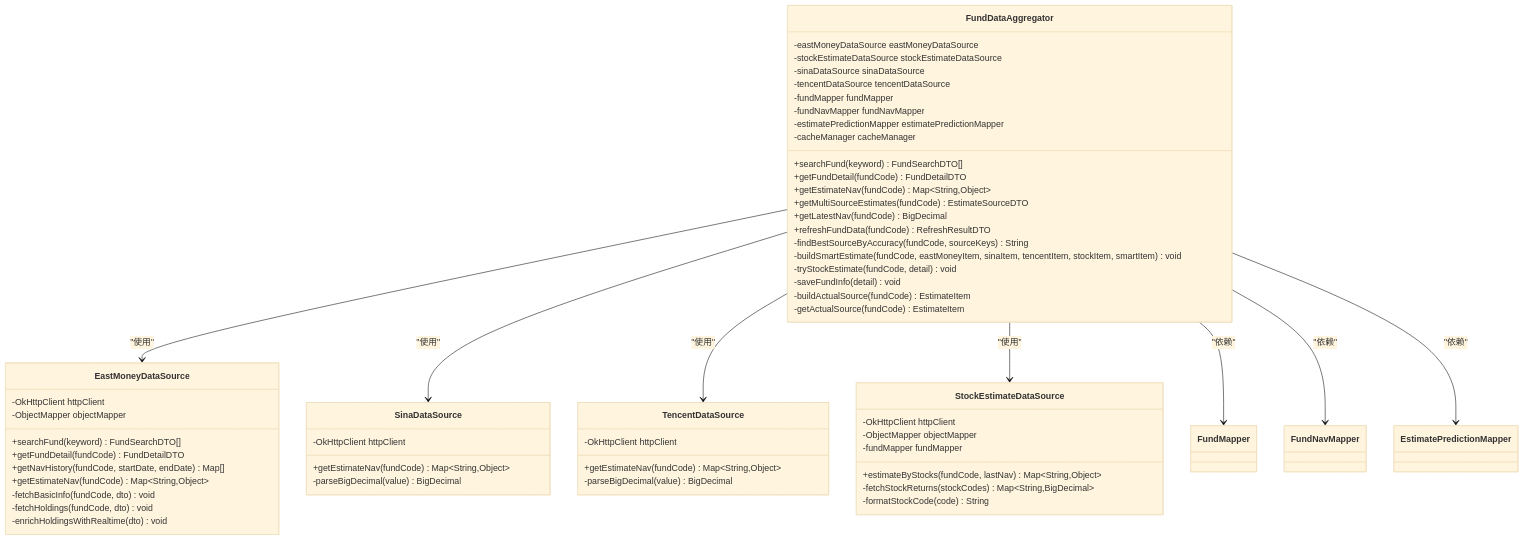
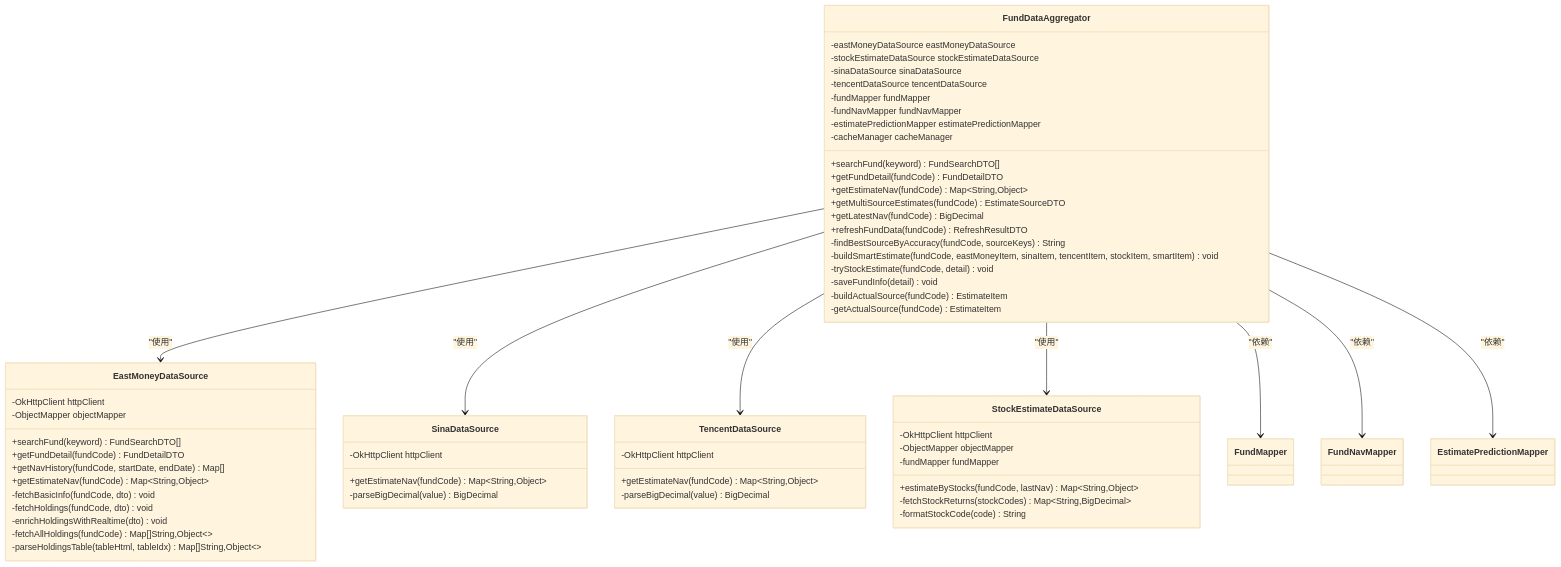
Before and after one commit to gree-coder/fund-butler: the third of 16 diagrams in .qoder/repowiki/zh/content/核心功能开发/多源基金估值系统.md, drawn with Mermaid (base theme). The commit also changed other lines of this file and 28 other files, not shown here.

````diff
--- a/.qoder/repowiki/zh/content/核心功能开发/多源基金估值系统.md
+++ b/.qoder/repowiki/zh/content/核心功能开发/多源基金估值系统.md
@@ -203,61 +201,63 @@
 ```mermaid
 classDiagram
 class FundDataAggregator {
 -eastMoneyDataSource eastMoneyDataSource
 -stockEstimateDataSource stockEstimateDataSource
 -sinaDataSource sinaDataSource
 -tencentDataSource tencentDataSource
 -fundMapper fundMapper
 -fundNavMapper fundNavMapper
 -estimatePredictionMapper estimatePredictionMapper
 -cacheManager cacheManager
 +searchFund(keyword) FundSearchDTO[]
 +getFundDetail(fundCode) FundDetailDTO
 +getEstimateNav(fundCode) Map~String,Object~
 +getMultiSourceEstimates(fundCode) EstimateSourceDTO
 +getLatestNav(fundCode) BigDecimal
 +refreshFundData(fundCode) RefreshResultDTO
 -findBestSourceByAccuracy(fundCode, sourceKeys) String
 -buildSmartEstimate(fundCode, eastMoneyItem, sinaItem, tencentItem, stockItem, smartItem) void
 -tryStockEstimate(fundCode, detail) void
 -saveFundInfo(detail) void
 -buildActualSource(fundCode) EstimateItem
 -getActualSource(fundCode) EstimateItem
 }
 class EastMoneyDataSource {
 -OkHttpClient httpClient
 -ObjectMapper objectMapper
 +searchFund(keyword) FundSearchDTO[]
 +getFundDetail(fundCode) FundDetailDTO
 +getNavHistory(fundCode, startDate, endDate) Map[]
 +getEstimateNav(fundCode) Map~String,Object~
 -fetchBasicInfo(fundCode, dto) void
 -fetchHoldings(fundCode, dto) void
 -enrichHoldingsWithRealtime(dto) void
+-fetchAllHoldings(fundCode) Map[]String,Object~~
+-parseHoldingsTable(tableHtml, tableIdx) Map[]String,Object~~
 }
 class SinaDataSource {
 -OkHttpClient httpClient
 +getEstimateNav(fundCode) Map~String,Object~
 -parseBigDecimal(value) BigDecimal
 }
 class TencentDataSource {
 -OkHttpClient httpClient
 +getEstimateNav(fundCode) Map~String,Object~
 -parseBigDecimal(value) BigDecimal
 }
 class StockEstimateDataSource {
 -OkHttpClient httpClient
 -ObjectMapper objectMapper
 -fundMapper fundMapper
 +estimateByStocks(fundCode, lastNav) Map~String,Object~
 -fetchStockReturns(stockCodes) Map~String,BigDecimal~
 -formatStockCode(code) String
 }
 FundDataAggregator --> EastMoneyDataSource : "使用"
 FundDataAggregator --> SinaDataSource : "使用"
 FundDataAggregator --> TencentDataSource : "使用"
 FundDataAggregator --> StockEstimateDataSource : "使用"
 FundDataAggregator --> FundMapper : "依赖"
 FundDataAggregator --> FundNavMapper : "依赖"
 FundDataAggregator --> EstimatePredictionMapper : "依赖"
 ```
````
